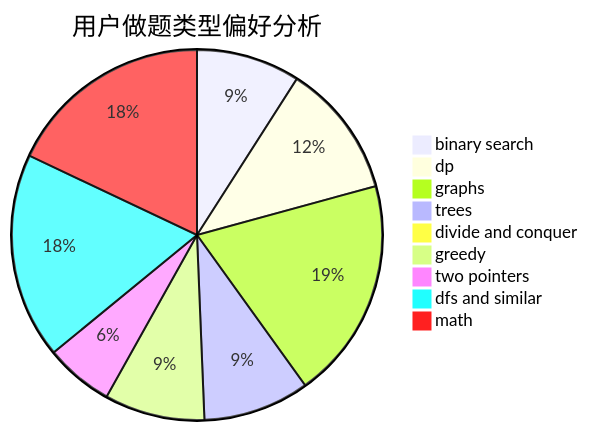
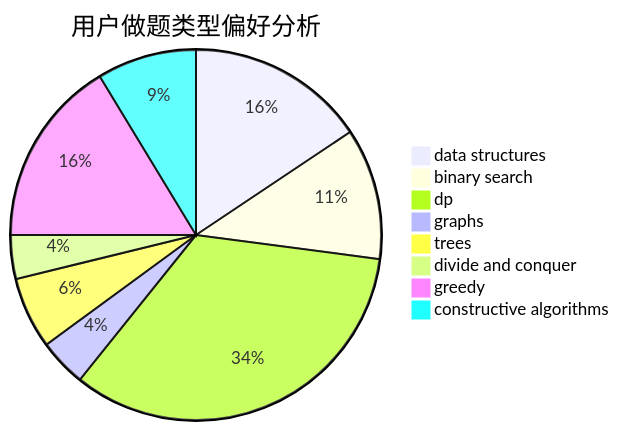
Before and after one commit to sherpahu/cfrs.github.io: the second of 3 diagrams in docs/user/u1898.md, drawn with Mermaid. The commit also changed other lines of this file and 2775 other files, not shown here.

````diff
--- a/docs/user/u1898.md
+++ b/docs/user/u1898.md
@@ -23,12 +23,11 @@
 ```mermaid
 pie title 用户做题类型偏好分析
-    "binary search" :  120
-    "dp" :  155
-    "graphs" :  256
-    "trees" :  123
+    "data structures" :  45
+    "binary search" :  33
+    "dp" :  97
+    "graphs" :  12
+    "trees" :  18
     "divide and conquer" :  11
-    "greedy" :  116
-    "two pointers" :  79
-    "dfs and similar" :  238
-    "math" :  238
+    "greedy" :  47
+    "constructive algorithms" :  25
 ```
````
